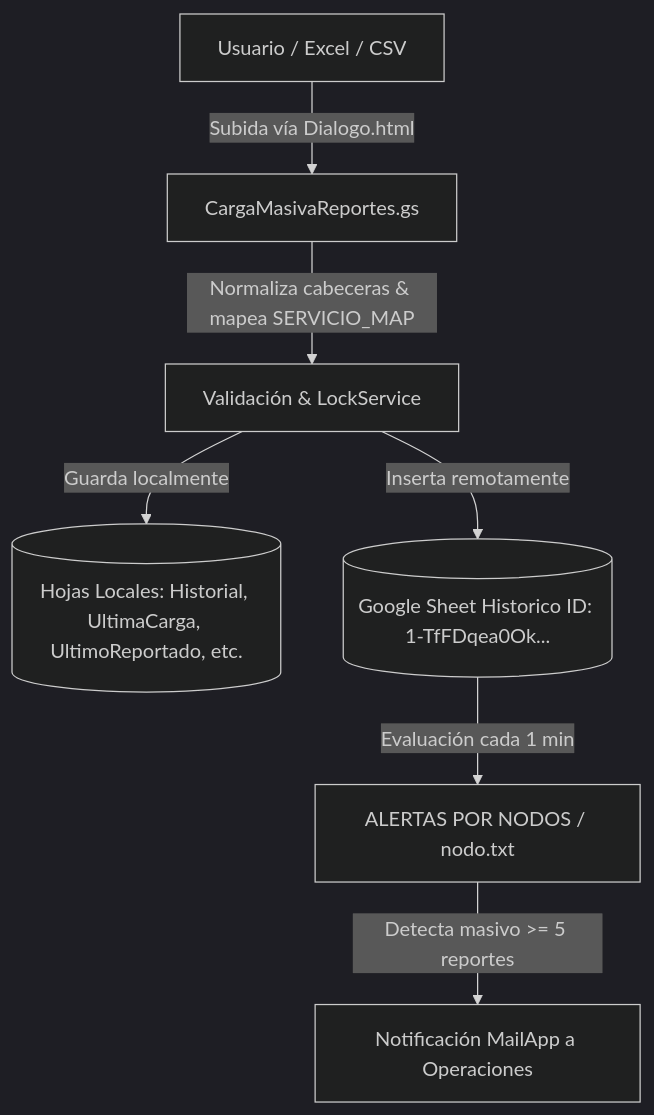
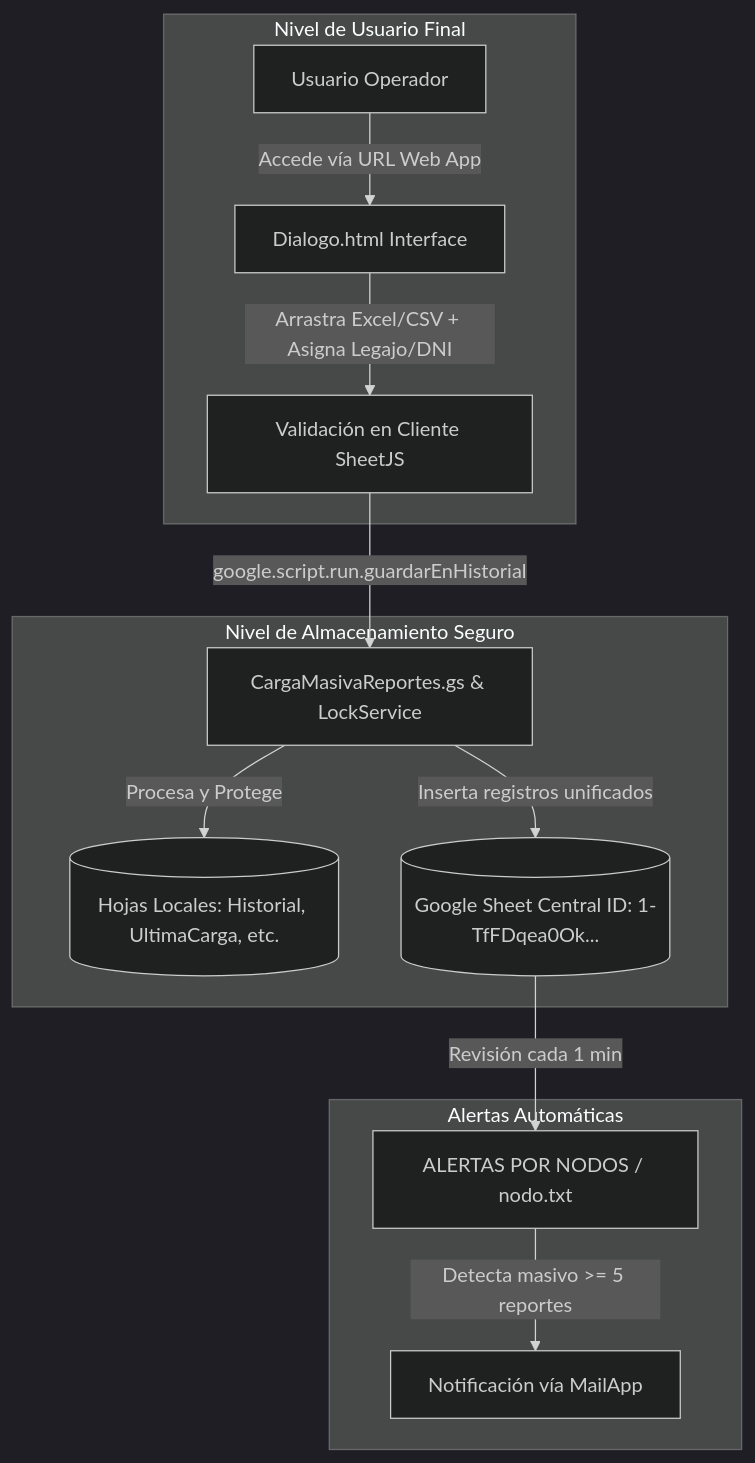
One commit to Migueerm/proyecto-nodos-anexo-padin changed the diagram in README.md. Above: the diagram before and after it, drawn with Mermaid (dark theme). The commit also changed other lines of this file and 2 other files, not shown here.

Commit message:
feat: interfaz de formulario HTML Dialogo.html y endpoint doGet para Web App aislada

````diff
--- a/README.md
+++ b/README.md
@@ -9,9 +11,18 @@
 ```mermaid
 flowchart TD
-    A[Usuario / Excel / CSV] -->|Subida vía Dialogo.html| B[CargaMasivaReportes.gs]
-    B -->|Normaliza cabeceras & mapea SERVICIO_MAP| C[Validación & LockService]
-    C -->|Guarda localmente| D[(Hojas Locales: Historial, UltimaCarga, UltimoReportado, etc.)]
-    C -->|Inserta remotamente| E[(Google Sheet Historico ID: 1-TfFDqea0Ok...)]
-    E -->|Evaluación cada 1 min| F[ALERTAS POR NODOS / nodo.txt]
-    F -->|Detecta masivo >= 5 reportes| G[Notificación MailApp a Operaciones]
+    subgraph Interfaz de Usuario [Nivel de Usuario Final]
+        U[Usuario Operador] -->|Accede vía URL Web App| W[Dialogo.html Interface]
+        W -->|Arrastra Excel/CSV + Asigna Legajo/DNI| V[Validación en Cliente SheetJS]
+    end
+
+    subgraph Backend Google Apps Script [Nivel de Almacenamiento Seguro]
+        V -->|google.script.run.guardarEnHistorial| GAS[CargaMasivaReportes.gs & LockService]
+        GAS -->|Procesa y Protege| L[(Hojas Locales: Historial, UltimaCarga, etc.)]
+        GAS -->|Inserta registros unificados| R[(Google Sheet Central ID: 1-TfFDqea0Ok...)]
+    end
+
+    subgraph Alertas Automáticas
+        R -->|Revisión cada 1 min| N[ALERTAS POR NODOS / nodo.txt]
+        N -->|Detecta masivo >= 5 reportes| M[Notificación vía MailApp]
+    end
 ```
````
